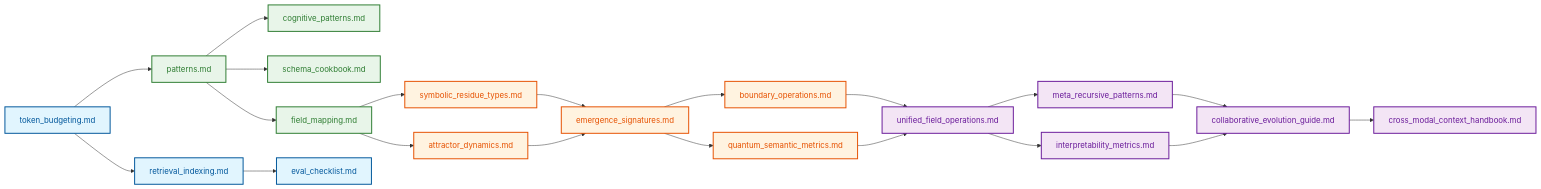
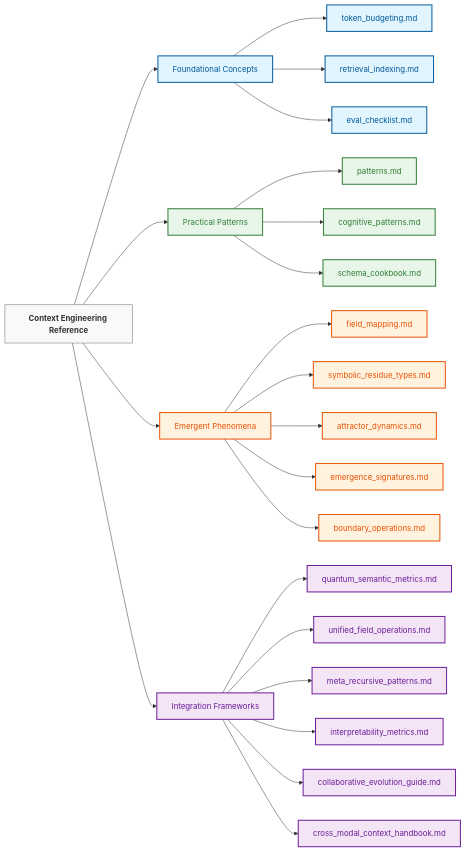
Before and after one commit to xuhaodev/Context-Engineering: the diagram in 40_reference/README.md, drawn with Mermaid.

````diff
--- a/40_reference/README.md
+++ b/40_reference/README.md
@@ -48,36 +48,49 @@
 ```mermaid
+
 graph LR
+    %% Main Categories
+    Root[Context Engineering Reference]
+    Root --> Foundation[Foundational Concepts]
+    Root --> Patterns[Practical Patterns]
+    Root --> Phenomena[Emergent Phenomena] 
+    Root --> Integration[Integration Frameworks]
+    
+    %% Foundational Concepts
+    Foundation --> TokenBudget[token_budgeting.md]
+    Foundation --> RetrievalIndex[retrieval_indexing.md]
+    Foundation --> EvalChecklist[eval_checklist.md]
+    
+    %% Practical Patterns
+    Patterns --> GenPatterns[patterns.md]
+    Patterns --> CogPatterns[cognitive_patterns.md]
+    Patterns --> SchemaBook[schema_cookbook.md]
+    
+    %% Emergent Phenomena
+    Phenomena --> FieldMap[field_mapping.md]
+    Phenomena --> SymbolicResidue[symbolic_residue_types.md]
+    Phenomena --> AttractorDynamics[attractor_dynamics.md]
+    Phenomena --> EmergenceSignatures[emergence_signatures.md]
+    Phenomena --> BoundaryOps[boundary_operations.md]
+    
+    %% Integration Frameworks
+    Integration --> QuantumMetrics[quantum_semantic_metrics.md]
+    Integration --> UnifiedOps[unified_field_operations.md]
+    Integration --> MetaPatterns[meta_recursive_patterns.md]
+    Integration --> InterpretMetrics[interpretability_metrics.md]
+    Integration --> CollabEvolution[collaborative_evolution_guide.md]
+    Integration --> CrossModal[cross_modal_context_handbook.md]
+    
+    %% Styling
+    classDef category fill:#f9f9f9,stroke:#666,stroke-width:1px,color:#333,font-weight:bold
     classDef foundation fill:#e1f5fe,stroke:#01579b,stroke-width:2px,color:#01579b
     classDef patterns fill:#e8f5e9,stroke:#2e7d32,stroke-width:2px,color:#2e7d32
     classDef phenomena fill:#fff3e0,stroke:#e65100,stroke-width:2px,color:#e65100
     classDef integration fill:#f3e5f5,stroke:#6a1b9a,stroke-width:2px,color:#6a1b9a
     
-    A[token_budgeting.md] --> B[patterns.md]
-    B --> C[cognitive_patterns.md]
-    B --> D[schema_cookbook.md]
-    
-    A --> E[retrieval_indexing.md]
-    E --> F[eval_checklist.md]
-    
-    B --> G[field_mapping.md]
-    G --> H[symbolic_residue_types.md]
-    G --> I[attractor_dynamics.md]
-    H --> J[emergence_signatures.md]
-    I --> J
-    
-    J --> K[boundary_operations.md]
-    J --> L[quantum_semantic_metrics.md]
-    K --> M[unified_field_operations.md]
-    L --> M
-    
-    M --> N[meta_recursive_patterns.md]
-    M --> O[interpretability_metrics.md]
-    N --> P[collaborative_evolution_guide.md]
-    O --> P
-    P --> Q[cross_modal_context_handbook.md]
-    
-    class A,E,F foundation
-    class B,C,D,G patterns
-    class H,I,J,K,L phenomena
-    class M,N,O,P,Q integration
+    class Root category
+    class Foundation,TokenBudget,RetrievalIndex,EvalChecklist foundation
+    class Patterns,GenPatterns,CogPatterns,SchemaBook patterns
+    class Phenomena,FieldMap,SymbolicResidue,AttractorDynamics,EmergenceSignatures,BoundaryOps phenomena
+    class Integration,QuantumMetrics,UnifiedOps,MetaPatterns,InterpretMetrics,CollabEvolution,CrossModal integration
+
 ```
````
